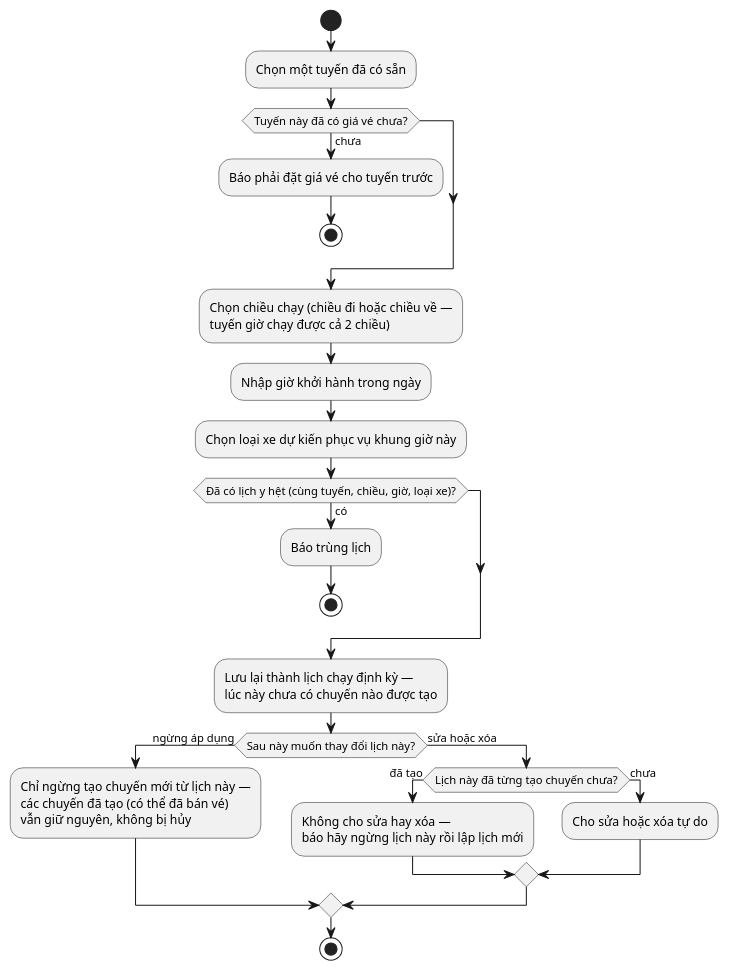
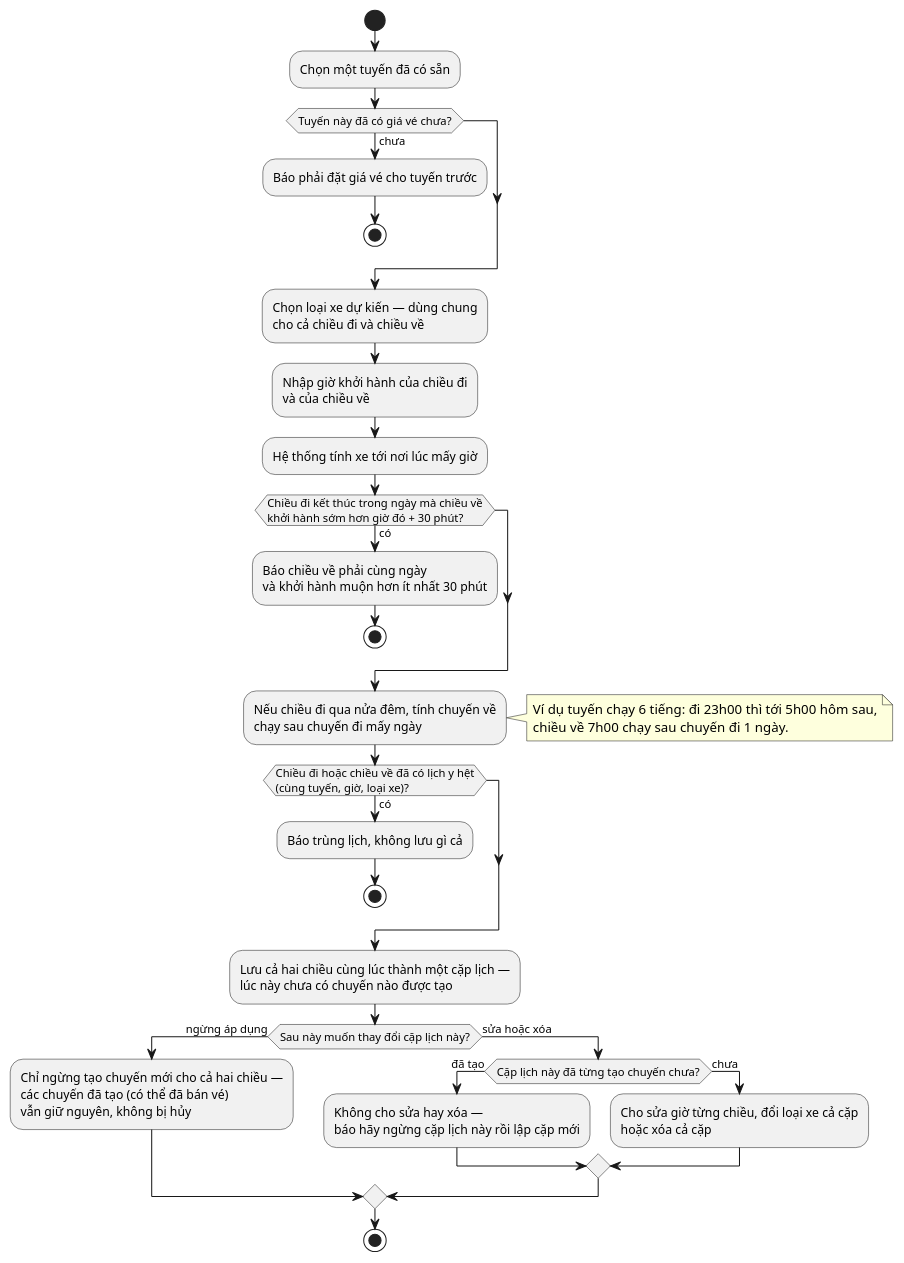
Before and after one commit to nguyenvietanhit19/Project1_HeThongQuanLyNhaXeKhachLienTinh: diagram 21 of 52 in UML_DIAGRAMS.md, drawn with PlantUML. The commit also changed other lines of this file and 13 other files, not shown here.

````diff
--- a/UML_DIAGRAMS.md
+++ b/UML_DIAGRAMS.md
@@ -646,28 +646,37 @@
 ```plantuml
 @startuml AD_UC18_LichDinhKy
 start
 :Chọn một tuyến đã có sẵn;
 if (Tuyến này đã có giá vé chưa?) then (chưa)
   :Báo phải đặt giá vé cho tuyến trước;
   stop
 endif
-:Chọn chiều chạy (chiều đi hoặc chiều về —\ntuyến giờ chạy được cả 2 chiều);
-:Nhập giờ khởi hành trong ngày;
-:Chọn loại xe dự kiến phục vụ khung giờ này;
-if (Đã có lịch y hệt (cùng tuyến, chiều, giờ, loại xe)?) then (có)
-  :Báo trùng lịch;
+:Chọn loại xe dự kiến — dùng chung\ncho cả chiều đi và chiều về;
+:Nhập giờ khởi hành của chiều đi\nvà của chiều về;
+:Hệ thống tính xe tới nơi lúc mấy giờ;
+if (Chiều đi kết thúc trong ngày mà chiều về\nkhởi hành sớm hơn giờ đó + 30 phút?) then (có)
+  :Báo chiều về phải cùng ngày\nvà khởi hành muộn hơn ít nhất 30 phút;
   stop
 endif
-:Lưu lại thành lịch chạy định kỳ —\nlúc này chưa có chuyến nào được tạo;
-if (Sau này muốn thay đổi lịch này?) then (ngừng áp dụng)
-  :Chỉ ngừng tạo chuyến mới từ lịch này —\ncác chuyến đã tạo (có thể đã bán vé)\nvẫn giữ nguyên, không bị hủy;
+:Nếu chiều đi qua nửa đêm, tính chuyến về\nchạy sau chuyến đi mấy ngày;
+note right
+  Ví dụ tuyến chạy 6 tiếng: đi 23h00 thì tới 5h00 hôm sau,
+  chiều về 7h00 chạy sau chuyến đi 1 ngày.
+end note
+if (Chiều đi hoặc chiều về đã có lịch y hệt\n(cùng tuyến, giờ, loại xe)?) then (có)
+  :Báo trùng lịch, không lưu gì cả;
+  stop
+endif
+:Lưu cả hai chiều cùng lúc thành một cặp lịch —\nlúc này chưa có chuyến nào được tạo;
+if (Sau này muốn thay đổi cặp lịch này?) then (ngừng áp dụng)
+  :Chỉ ngừng tạo chuyến mới cho cả hai chiều —\ncác chuyến đã tạo (có thể đã bán vé)\nvẫn giữ nguyên, không bị hủy;
 else (sửa hoặc xóa)
-  if (Lịch này đã từng tạo chuyến chưa?) then (đã tạo)
-    :Không cho sửa hay xóa —\nbáo hãy ngừng lịch này rồi lập lịch mới;
+  if (Cặp lịch này đã từng tạo chuyến chưa?) then (đã tạo)
+    :Không cho sửa hay xóa —\nbáo hãy ngừng cặp lịch này rồi lập cặp mới;
   else (chưa)
-    :Cho sửa hoặc xóa tự do;
+    :Cho sửa giờ từng chiều, đổi loại xe cả cặp\nhoặc xóa cả cặp;
   endif
 endif
 stop
 @enduml
 ```
````
